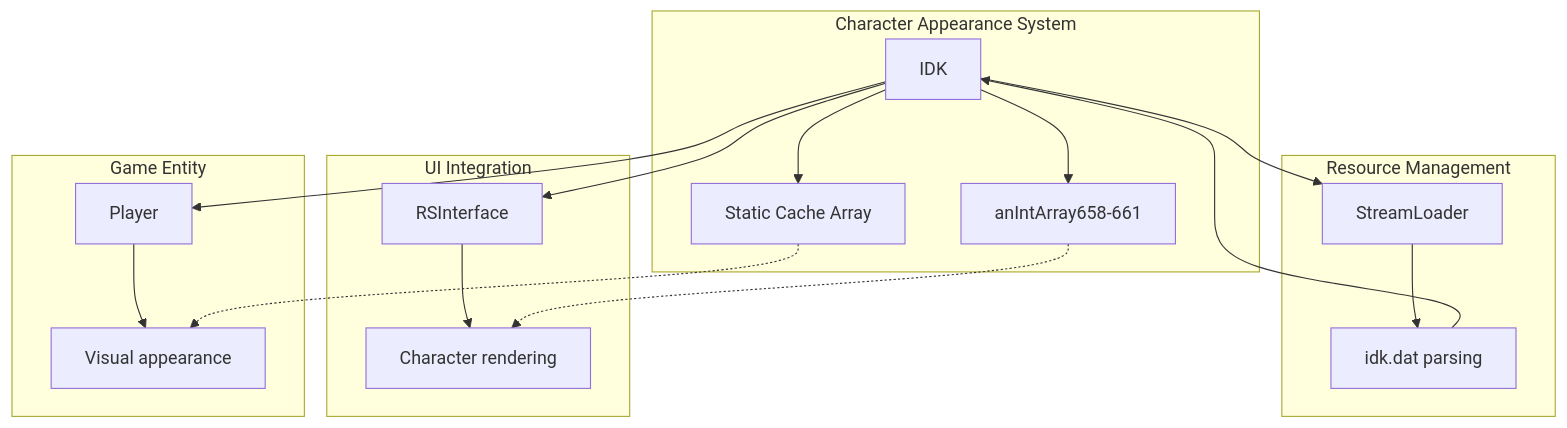
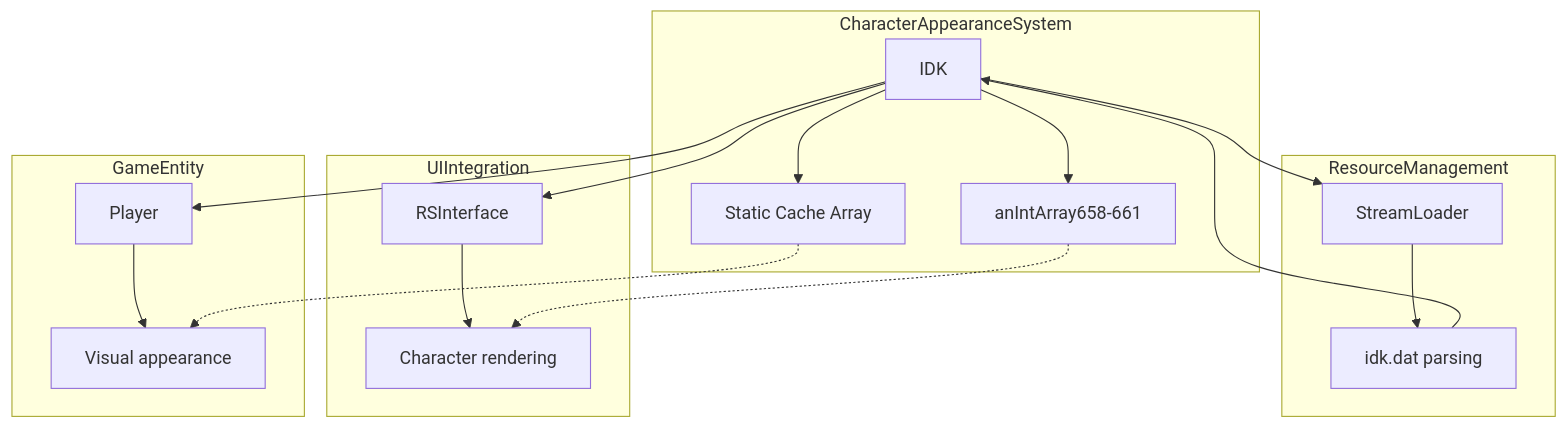
Before and after one commit to daxxog/solmud: the diagram in bytecode/mapping/evidence/verified/IDK_TAVAECED.md, drawn with Mermaid. The commit also changed 10 other files, not shown here.

````diff
--- a/bytecode/mapping/evidence/verified/IDK_TAVAECED.md
+++ b/bytecode/mapping/evidence/verified/IDK_TAVAECED.md
@@ -17,27 +17,27 @@
 ```mermaid
 graph TD
     IDK --> StreamLoader
     IDK --> RSInterface
     IDK --> Player
     
-    subgraph "Character Appearance System"
+    subgraph CharacterAppearanceSystem
         IDK --> AppearanceArrays[anIntArray658-661]
         IDK --> CacheSystem[Static Cache Array]
     end
     
-    subgraph "Resource Management"
+    subgraph ResourceManagement
         StreamLoader --> DataLoading[idk.dat parsing]
     end
     
-    subgraph "UI Integration"
+    subgraph UIIntegration
         RSInterface --> CharacterDisplay[Character rendering]
     end
     
-    subgraph "Game Entity"
+    subgraph GameEntity
         Player --> CharacterRendering[Visual appearance]
     end
     
     AppearanceArrays -.-> CharacterDisplay
     CacheSystem -.-> CharacterRendering
     DataLoading --> IDK
 ```
````
